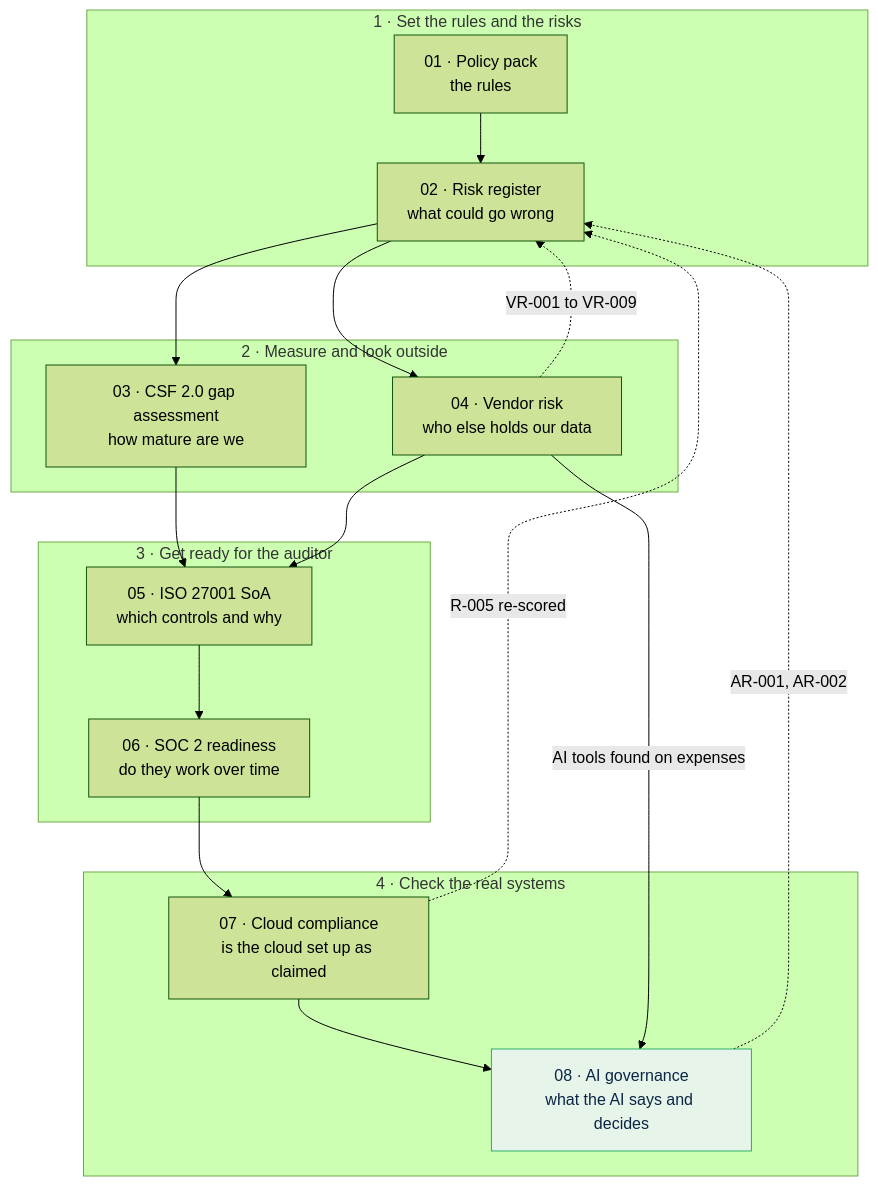
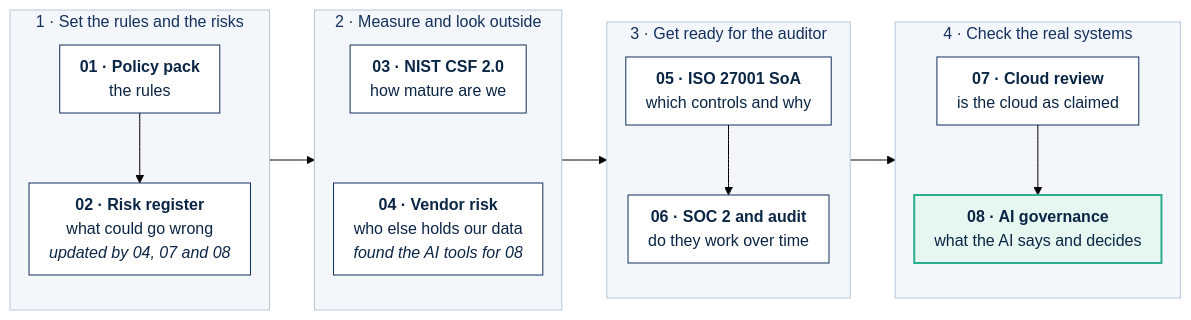
The diagram in README.md (lushegun/Cypher-Group-Inc-grc-portfolio), drawn with Mermaid (forest theme) before and after one commit. The commit also changed other lines of this file and 32 other files, not shown here.

First line of the commit message:
v2.0 tidy: landscape diagram, new banner, emoji removed, one disclosure per document

````diff
--- a/README.md
+++ b/README.md
@@ -63,33 +60,29 @@
 ```mermaid
-flowchart TB
+%%{init: {"flowchart": {"rankSpacing": 45, "nodeSpacing": 18, "padding": 10, "wrappingWidth": 240}}}%%
+flowchart LR
     subgraph S1["1 · Set the rules and the risks"]
-        P1["01 · Policy pack<br/>the rules"]
-        P2["02 · Risk register<br/>what could go wrong"]
+        direction TB
+        P1["<b>01 · Policy pack</b><br/>the rules"] --> P2["<b>02 · Risk register</b><br/>what could go wrong<br/><i>updated by 04, 07 and 08</i>"]
     end
     subgraph S2["2 · Measure and look outside"]
-        P3["03 · CSF 2.0 gap assessment<br/>how mature are we"]
-        P4["04 · Vendor risk<br/>who else holds our data"]
+        direction TB
+        P3["<b>03 · NIST CSF 2.0</b><br/>how mature are we"] ~~~ P4["<b>04 · Vendor risk</b><br/>who else holds our data<br/><i>found the AI tools for 08</i>"]
     end
     subgraph S3["3 · Get ready for the auditor"]
-        P5["05 · ISO 27001 SoA<br/>which controls and why"]
-        P6["06 · SOC 2 readiness<br/>do they work over time"]
+        direction TB
+        P5["<b>05 · ISO 27001 SoA</b><br/>which controls and why"] --> P6["<b>06 · SOC 2 and audit</b><br/>do they work over time"]
     end
     subgraph S4["4 · Check the real systems"]
-        P7["07 · Cloud compliance<br/>is the cloud set up as claimed"]
-        P8["08 · AI governance<br/>what the AI says and decides"]
+        direction TB
+        P7["<b>07 · Cloud review</b><br/>is the cloud as claimed"] --> P8["<b>08 · AI governance</b><br/>what the AI says and decides"]
     end
-    P1 --> P2
-    P2 --> P3
-    P2 --> P4
-    P3 --> P5
-    P4 --> P5
-    P5 --> P6
-    P6 --> P7
-    P7 --> P8
-    P4 -->|AI tools found on expenses| P8
-    P4 -.->|VR-001 to VR-009| P2
-    P7 -.->|R-005 re-scored| P2
-    P8 -.->|AR-001, AR-002| P2
-    classDef ai fill:#E6F4EA,stroke:#2BAE66,color:#0B2545
+    S1 --> S2 --> S3 --> S4
+    classDef proj fill:#FFFFFF,stroke:#13315C,color:#0B2545
+    classDef ai fill:#E6F7F1,stroke:#2BAE8E,stroke-width:2px,color:#0B2545
+    class P1,P2,P3,P4,P5,P6,P7 proj
     class P8 ai
+    style S1 fill:#F3F6FA,stroke:#B9C8D8,color:#13315C
+    style S2 fill:#F3F6FA,stroke:#B9C8D8,color:#13315C
+    style S3 fill:#F3F6FA,stroke:#B9C8D8,color:#13315C
+    style S4 fill:#F3F6FA,stroke:#B9C8D8,color:#13315C
 ```
````
